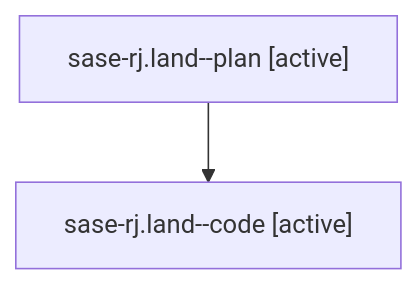
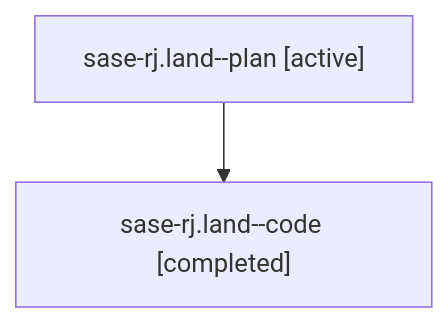
One commit to sase-org/sase--agents changed the diagram in families/bbugyi200.athena.sase-rj.land.md. Above: the diagram before and after it, drawn with Mermaid. The commit also changed other lines of this file and 35830 other files, not shown here.

````diff
--- a/families/bbugyi200.athena.sase-rj.land.md
+++ b/families/bbugyi200.athena.sase-rj.land.md
@@ -9,6 +9,6 @@
 ```mermaid
 flowchart TD
   n0["sase-rj.land--plan [active]"]
-  n1["sase-rj.land--code [active]"]
+  n1["sase-rj.land--code [completed]"]
   n0 --> n1
 ```
````
